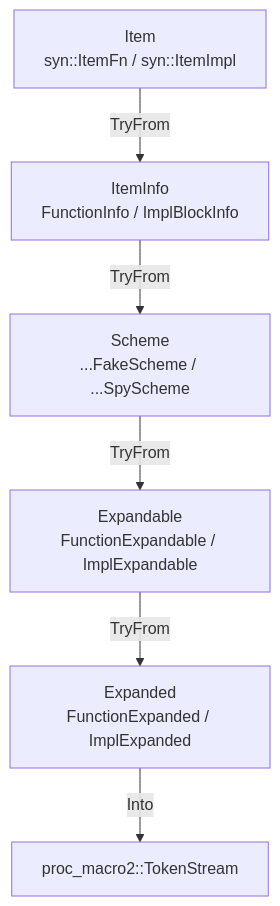
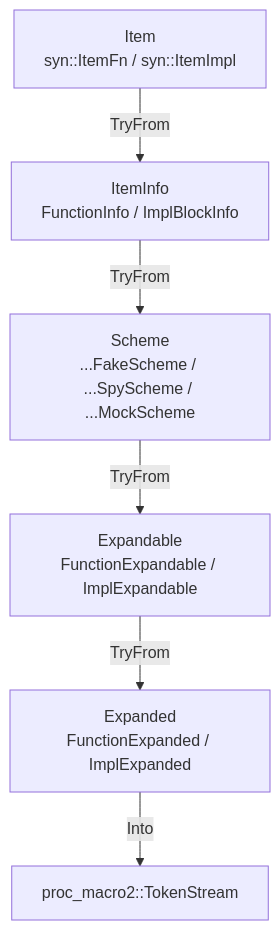
Before and after one commit to jakob-rzeppa/fnmock: the diagram in fnmock-derive/README.md, drawn with Mermaid. The commit also changed other lines of this file and 323 other files, not shown here.

````diff
--- a/fnmock-derive/README.md
+++ b/fnmock-derive/README.md
@@ -13,8 +13,8 @@
 ```mermaid
 flowchart TD
     Item["Item\nsyn::ItemFn / syn::ItemImpl"] -->|TryFrom| ItemInfo["ItemInfo\nFunctionInfo / ImplBlockInfo"]
-    ItemInfo -->|TryFrom| Scheme["Scheme\n...FakeScheme / ...SpyScheme"]
+    ItemInfo -->|TryFrom| Scheme["Scheme\n...FakeScheme / ...SpyScheme / ...MockScheme"]
     Scheme -->|TryFrom| Expandable["Expandable\nFunctionExpandable / ImplExpandable"]
     Expandable -->|TryFrom| Expanded["Expanded\nFunctionExpanded / ImplExpanded"]
     Expanded -->|Into| TokenStream[proc_macro2::TokenStream]
 ```
````
